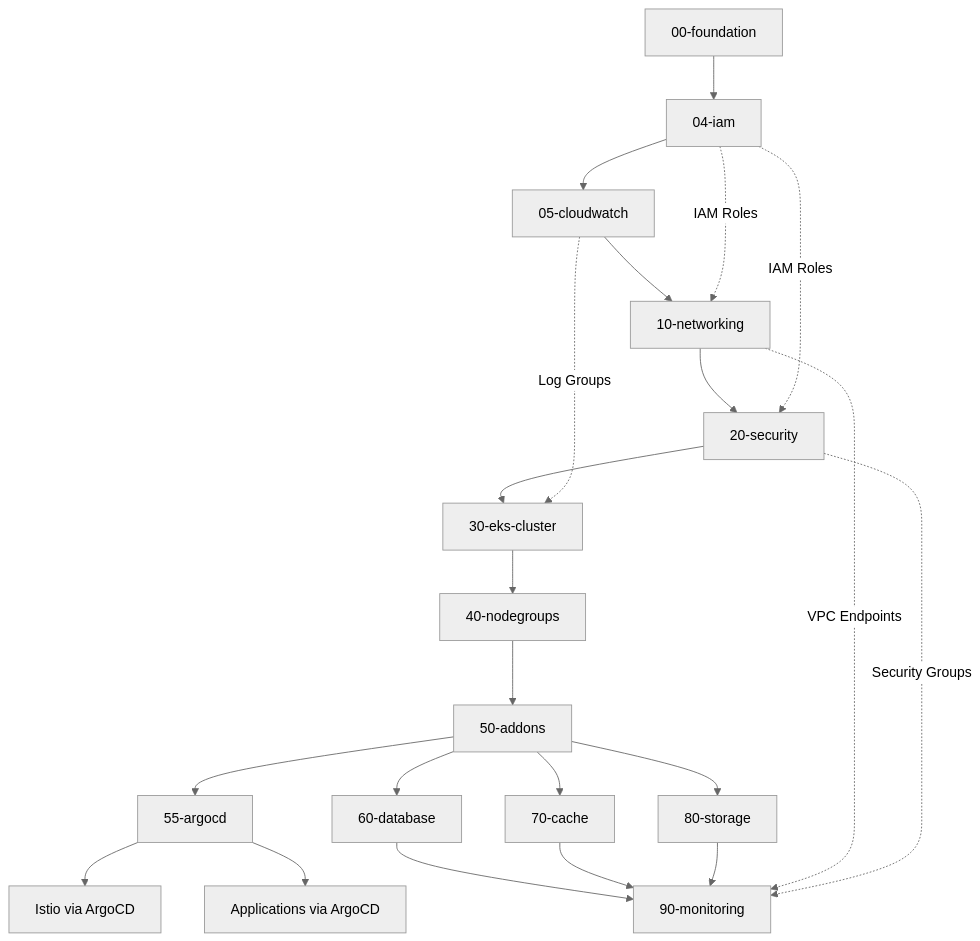
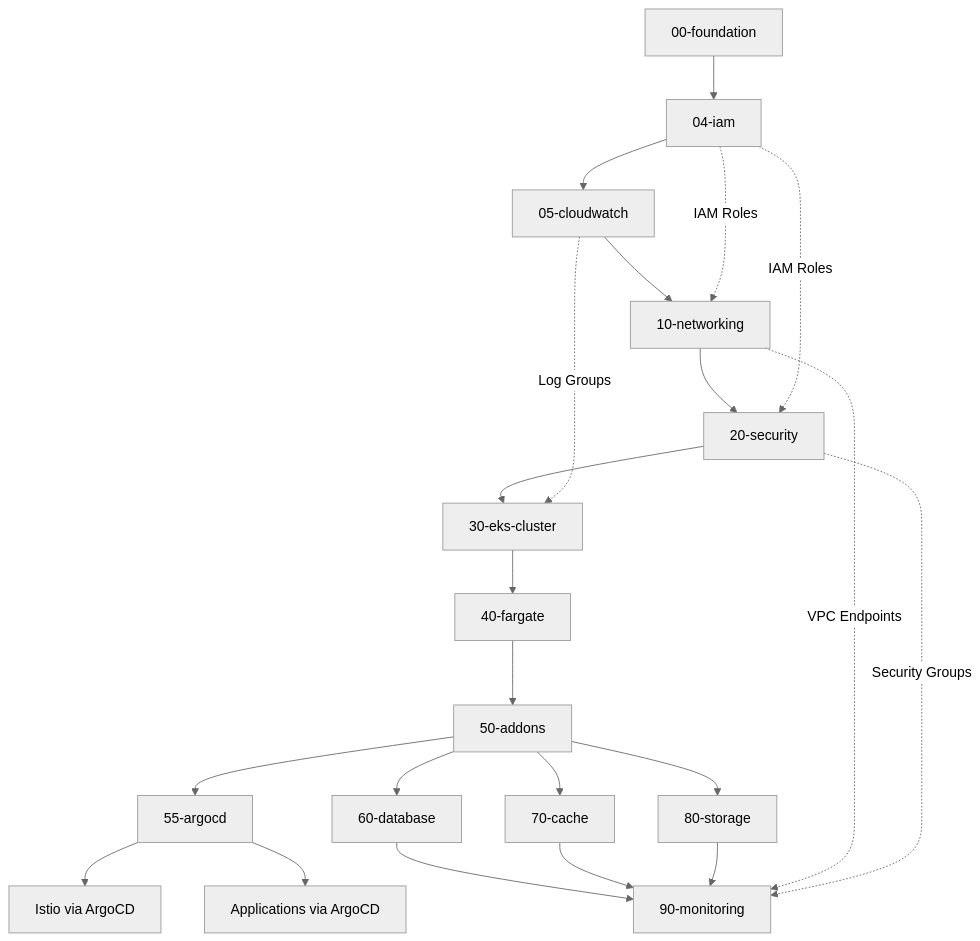
Before and after one commit to JSJ2337/AWS_EKS_terraform_code: the third of 9 diagrams in docs/architecture.md, drawn with Mermaid (neutral theme). The commit also changed other lines of this file and 2 other files, not shown here.

First line of the commit message:
docs: 문서 업데이트 - EC2 Node Group → Fargate 변경 반영

````diff
--- a/docs/architecture.md
+++ b/docs/architecture.md
@@ -117,28 +117,28 @@
 ```mermaid
 flowchart TD
     F[00-foundation] --> IAM[04-iam]
     IAM --> CW[05-cloudwatch]
     CW --> N[10-networking]
     N --> S[20-security]
     S --> EKS[30-eks-cluster]
-    EKS --> NG[40-nodegroups]
-    NG --> AD[50-addons]
+    EKS --> FG[40-fargate]
+    FG --> AD[50-addons]
 
     AD --> ARGO[55-argocd]
     AD --> DB[60-database]
     AD --> CA[70-cache]
     AD --> ST[80-storage]
 
     ARGO --> ISTIO[Istio via ArgoCD]
     ARGO --> APPS[Applications via ArgoCD]
 
     DB --> MO[90-monitoring]
     CA --> MO
     ST --> MO
 
     IAM -.->|IAM Roles| N
     IAM -.->|IAM Roles| S
     N -.->|VPC Endpoints| MO
     S -.->|Security Groups| MO
     CW -.->|Log Groups| EKS
 ```
````
